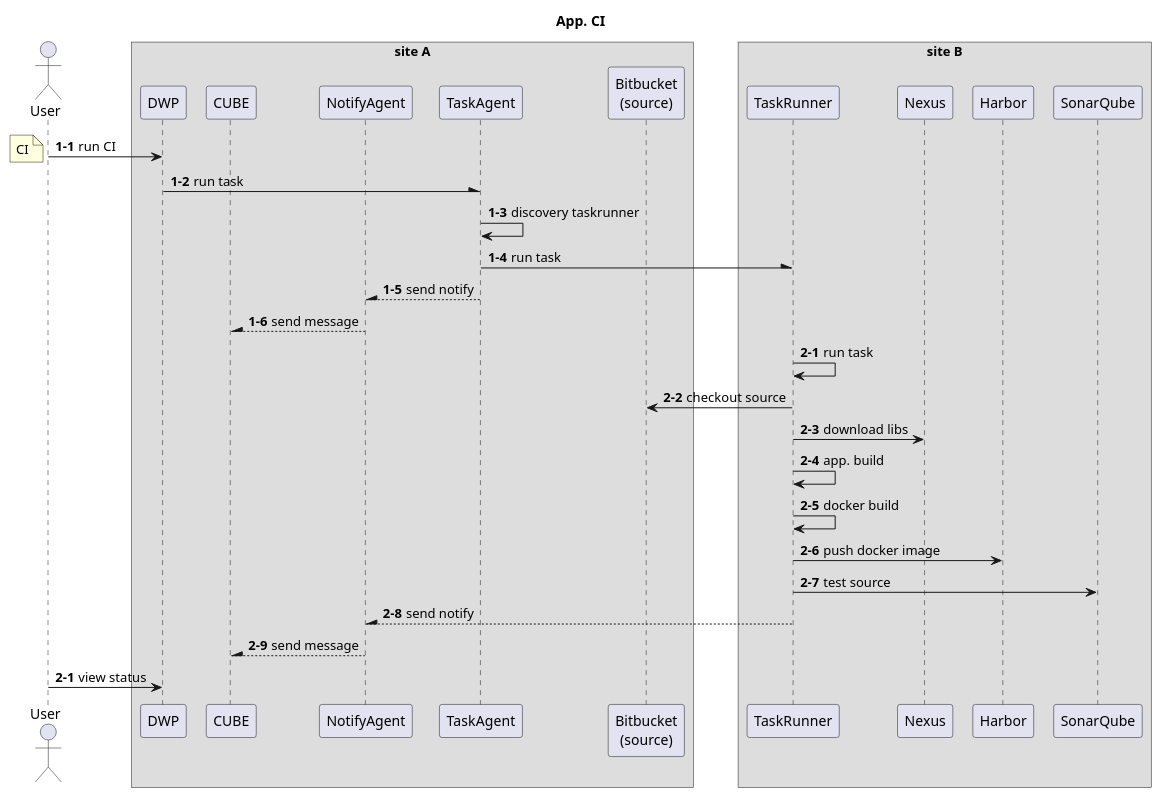
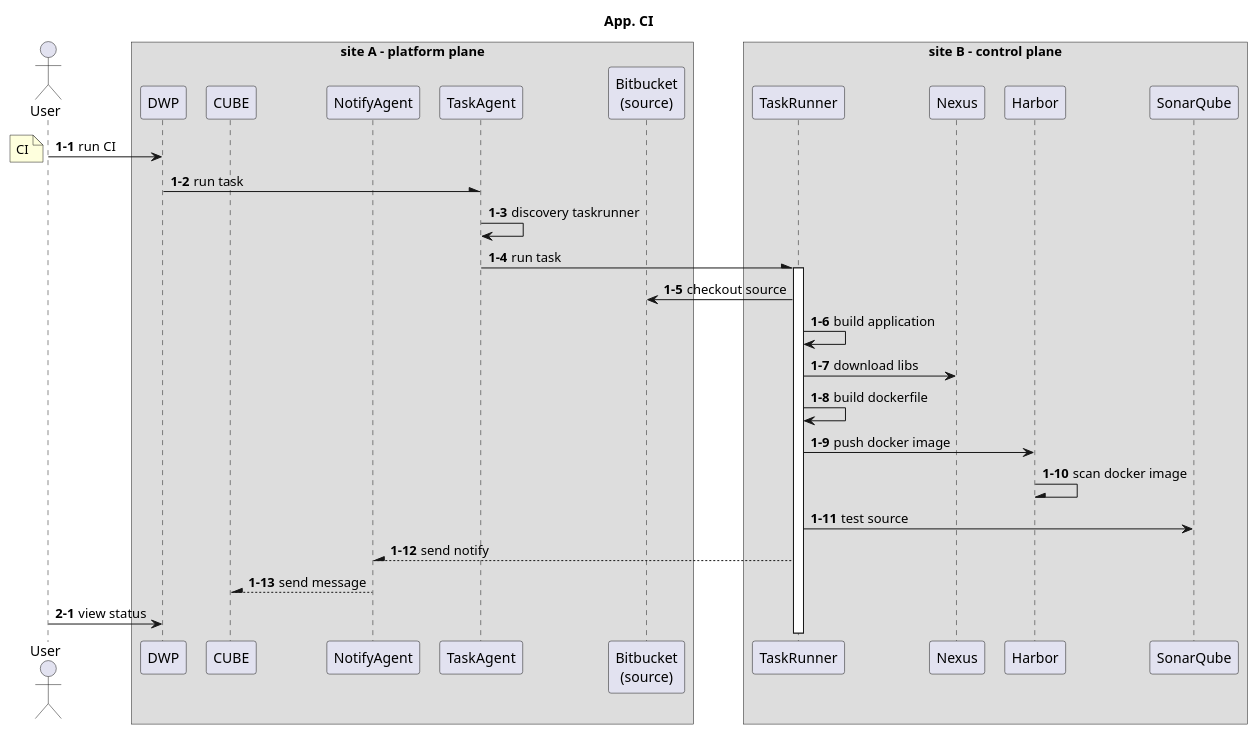
The seventh of 12 diagrams in docs/src/multi-cloud/diagram.md (kloudbank/htdp1.github.io), drawn with PlantUML before and after one commit. The commit also changed other lines of this file, not shown here.

Commit message:
modify diagram 1228

```diff
--- a/docs/src/multi-cloud/diagram.md
+++ b/docs/src/multi-cloud/diagram.md
@@ -261,46 +258,43 @@
 @startuml
 
 scale 1
 skinparam ParticipantPadding 5
 skinparam BoxPadding 5
 title "App. CI"
 
 actor User
-box "site A"
+box "site A - platform plane"
     participant DWP
     participant CUBE
     participant NotifyAgent
     participant TaskAgent
     participant "Bitbucket\n(source)" as source
 end box
-box "site B"
+box "site B - control plane"
     participant TaskRunner
     participant Nexus
     participant Harbor
     participant SonarQube
 end box
 
 autonumber 1-1
 User -> DWP : run CI
 note left : CI
 DWP -\ TaskAgent : run task
 TaskAgent -> TaskAgent : discovery taskrunner
 TaskAgent -\ TaskRunner : run task
-TaskAgent --\ NotifyAgent : send notify
-NotifyAgent --\ CUBE : send message
-
-autonumber 2-1
-TaskRunner -> TaskRunner : run task
+activate TaskRunner
 TaskRunner -> source : checkout source
+TaskRunner -> TaskRunner : build application
 TaskRunner -> Nexus : download libs
-TaskRunner -> TaskRunner : app. build
-TaskRunner -> TaskRunner : docker build
+TaskRunner -> TaskRunner : build dockerfile
 TaskRunner -> Harbor : push docker image
+Harbor -\ Harbor : scan docker image
 TaskRunner -> SonarQube : test source
 TaskRunner --\ NotifyAgent : send notify
 NotifyAgent --\ CUBE : send message
 
 autonumber 2-1
 User -> DWP : view status
 
 @enduml
```
